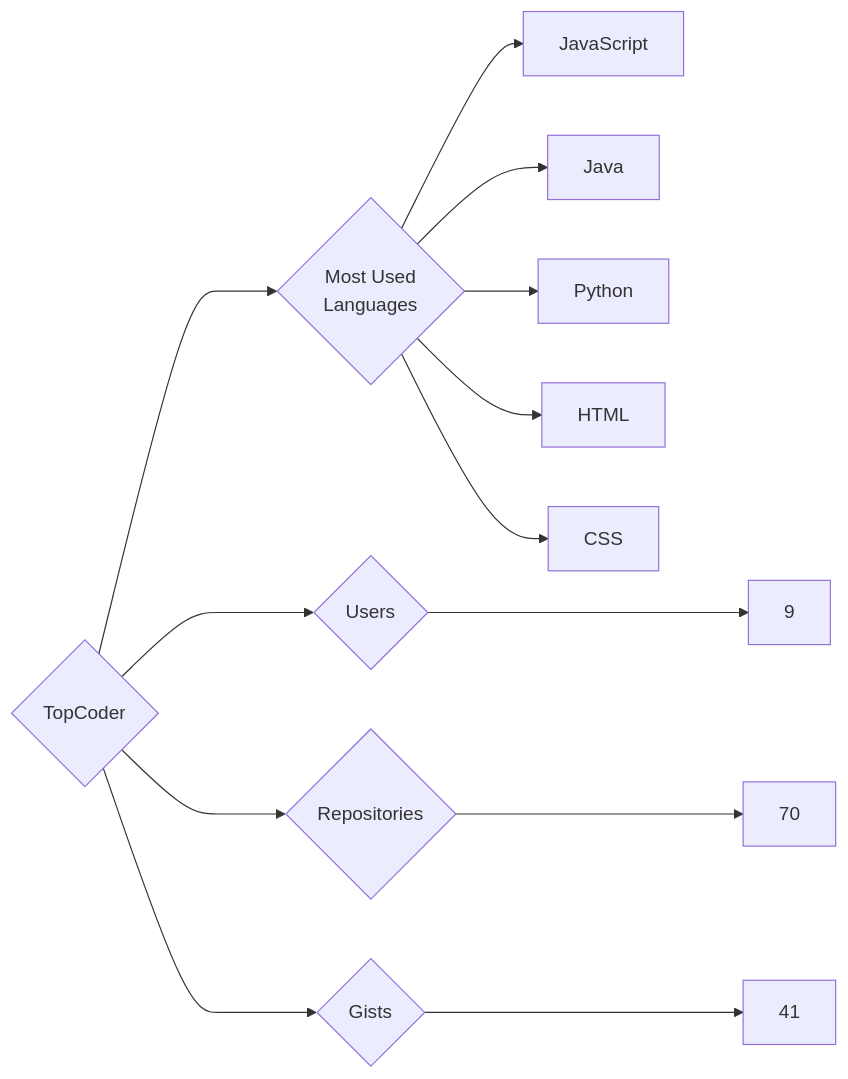
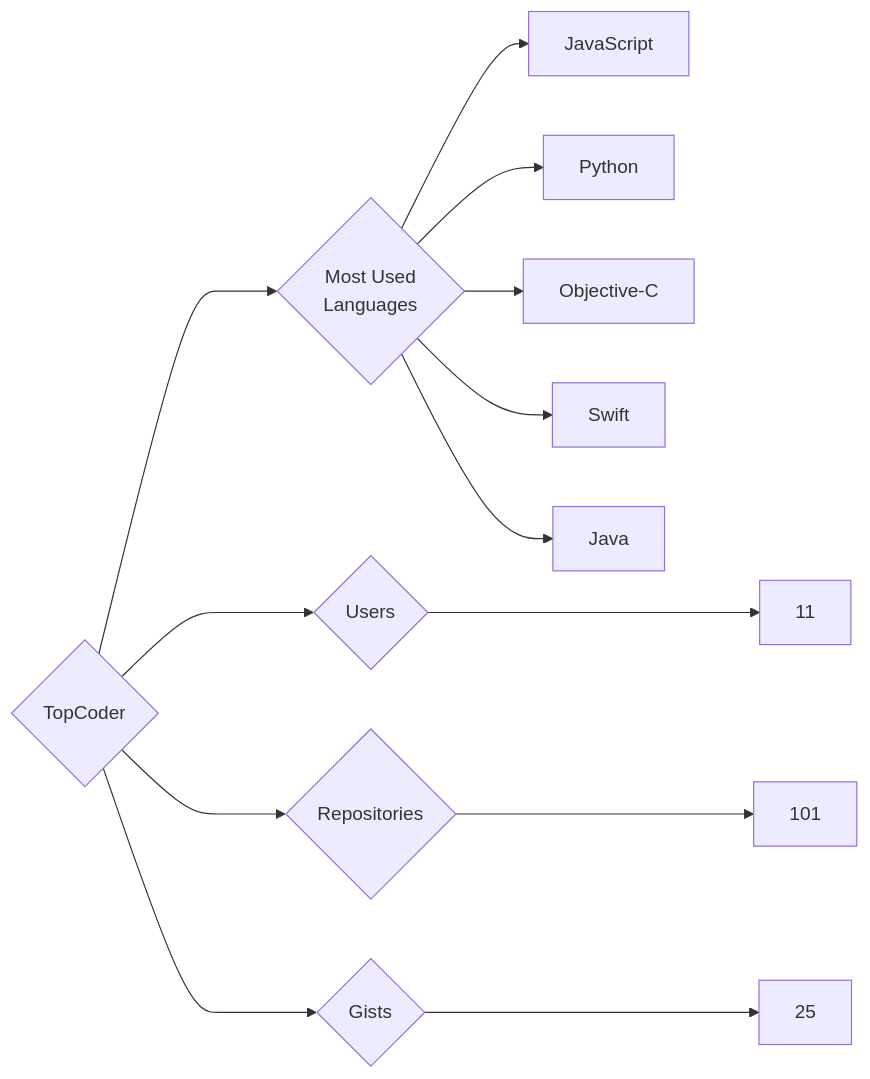
One commit to trickest/insiders changed the diagram in targets/TopCoder/README.md. Above: the diagram before and after it, drawn with Mermaid. The commit also changed 948 other files, not shown here.

````diff
--- a/targets/TopCoder/README.md
+++ b/targets/TopCoder/README.md
@@ -3,13 +3,13 @@
 ```mermaid
 graph LR
 COMPANY_NAME{TopCoder}
-COMPANY_NAME ---> U{Users} ---> UN[9]
-COMPANY_NAME ---> R{Repositories} ---> RN[70]
-COMPANY_NAME ---> G{Gists} ---> GN[41]
+COMPANY_NAME ---> U{Users} ---> UN[11]
+COMPANY_NAME ---> R{Repositories} ---> RN[101]
+COMPANY_NAME ---> G{Gists} ---> GN[25]
 COMPANY_NAME ---> ML{Most Used<br>Languages}
 ML --> JavaScript[JavaScript]
+ML --> Python[Python]
+ML --> Objective-C[Objective-C]
+ML --> Swift[Swift]
 ML --> Java[Java]
-ML --> Python[Python]
-ML --> HTML[HTML]
-ML --> CSS[CSS]
 ```
````
